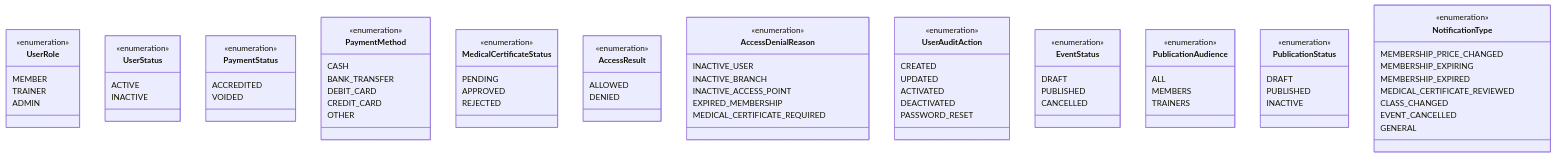
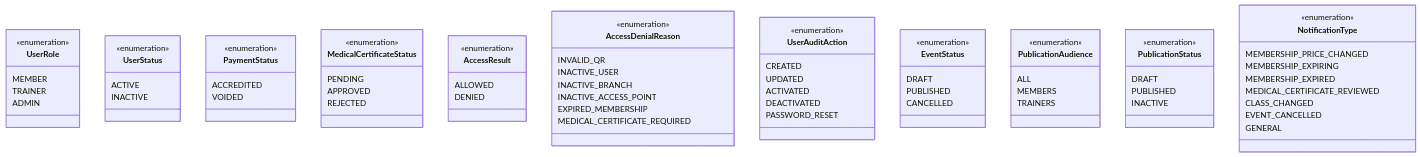
The third of 3 diagrams in docs/modelo-de-dominio.md (LaraFrenkel/M-Team), drawn with Mermaid before and after one commit. The commit also changed other lines of this file and 2 other files, not shown here.

Commit message:
docs: align access logs and payment methods with scope

````diff
--- a/docs/modelo-de-dominio.md
+++ b/docs/modelo-de-dominio.md
@@ -211,82 +211,75 @@
 ```mermaid
 classDiagram
 class UserRole {
   <<enumeration>>
   MEMBER
   TRAINER
   ADMIN
 }
 class UserStatus {
   <<enumeration>>
   ACTIVE
   INACTIVE
 }
 class PaymentStatus {
   <<enumeration>>
   ACCREDITED
   VOIDED
 }
-class PaymentMethod {
-  <<enumeration>>
-  CASH
-  BANK_TRANSFER
-  DEBIT_CARD
-  CREDIT_CARD
-  OTHER
-}
 class MedicalCertificateStatus {
   <<enumeration>>
   PENDING
   APPROVED
   REJECTED
 }
 class AccessResult {
   <<enumeration>>
   ALLOWED
   DENIED
 }
 class AccessDenialReason {
   <<enumeration>>
+  INVALID_QR
   INACTIVE_USER
   INACTIVE_BRANCH
   INACTIVE_ACCESS_POINT
   EXPIRED_MEMBERSHIP
   MEDICAL_CERTIFICATE_REQUIRED
 }
 class UserAuditAction {
   <<enumeration>>
   CREATED
   UPDATED
   ACTIVATED
   DEACTIVATED
   PASSWORD_RESET
 }
 class EventStatus {
   <<enumeration>>
   DRAFT
   PUBLISHED
   CANCELLED
 }
 class PublicationAudience {
   <<enumeration>>
   ALL
   MEMBERS
   TRAINERS
 }
 class PublicationStatus {
   <<enumeration>>
   DRAFT
   PUBLISHED
   INACTIVE
 }
 class NotificationType {
   <<enumeration>>
   MEMBERSHIP_PRICE_CHANGED
   MEMBERSHIP_EXPIRING
   MEMBERSHIP_EXPIRED
   MEDICAL_CERTIFICATE_REVIEWED
   CLASS_CHANGED
   EVENT_CANCELLED
   GENERAL
 }
 ```
````
